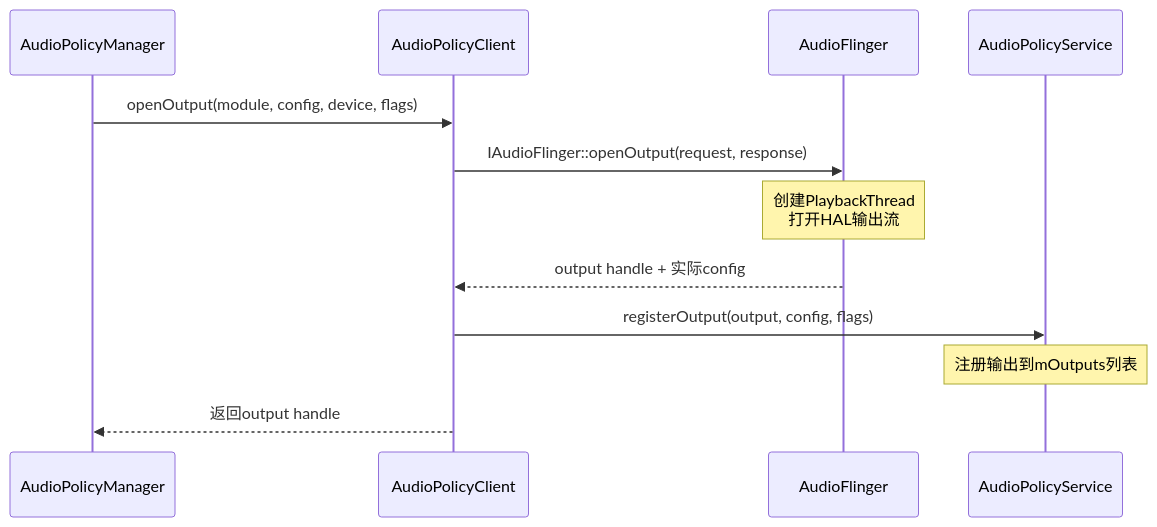
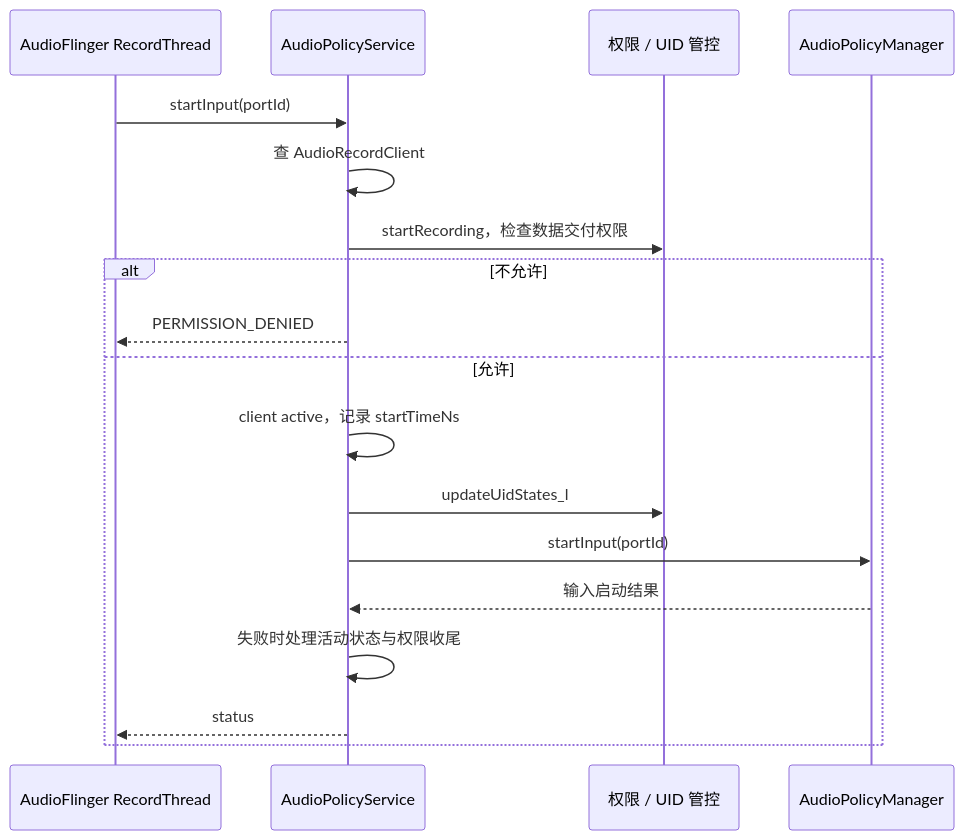
One commit to yanglinzhen1022/SA8295_AAOS_QNX_Audio_KnowledgeBase changed the second of 3 diagrams in 06_Audio_Policy_Engine/06_6.1_AudioPolicyService-控制面入口.md. Above: the diagram before and after it, drawn with Mermaid. The commit also changed other lines of this file and 11 other files, not shown here.

````diff
--- a/06_Audio_Policy_Engine/06_6.1_AudioPolicyService-控制面入口.md
+++ b/06_Audio_Policy_Engine/06_6.1_AudioPolicyService-控制面入口.md
@@ -450,15 +108,20 @@
 ```mermaid
 sequenceDiagram
-    participant APM as AudioPolicyManager
-    participant APC as AudioPolicyClient
-    participant AF as AudioFlinger
-    participant APS as AudioPolicyService
-
-    APM->>APC: openOutput(module, config, device, flags)
-    APC->>AF: IAudioFlinger::openOutput(request, response)
-    Note over AF: 创建PlaybackThread<br/>打开HAL输出流
-    AF-->>APC: output handle + 实际config
-    APC->>APS: registerOutput(output, config, flags)
-    Note over APS: 注册输出到mOutputs列表
-    APC-->>APM: 返回output handle
+    participant R as AudioFlinger RecordThread
+    participant S as AudioPolicyService
+    participant U as 权限 / UID 管控
+    participant M as AudioPolicyManager
+    R->>S: startInput(portId)
+    S->>S: 查 AudioRecordClient
+    S->>U: startRecording，检查数据交付权限
+    alt 不允许
+        S-->>R: PERMISSION_DENIED
+    else 允许
+        S->>S: client active，记录 startTimeNs
+        S->>U: updateUidStates_l
+        S->>M: startInput(portId)
+        M-->>S: 输入启动结果
+        S->>S: 失败时处理活动状态与权限收尾
+        S-->>R: status
+    end
 ```
````
